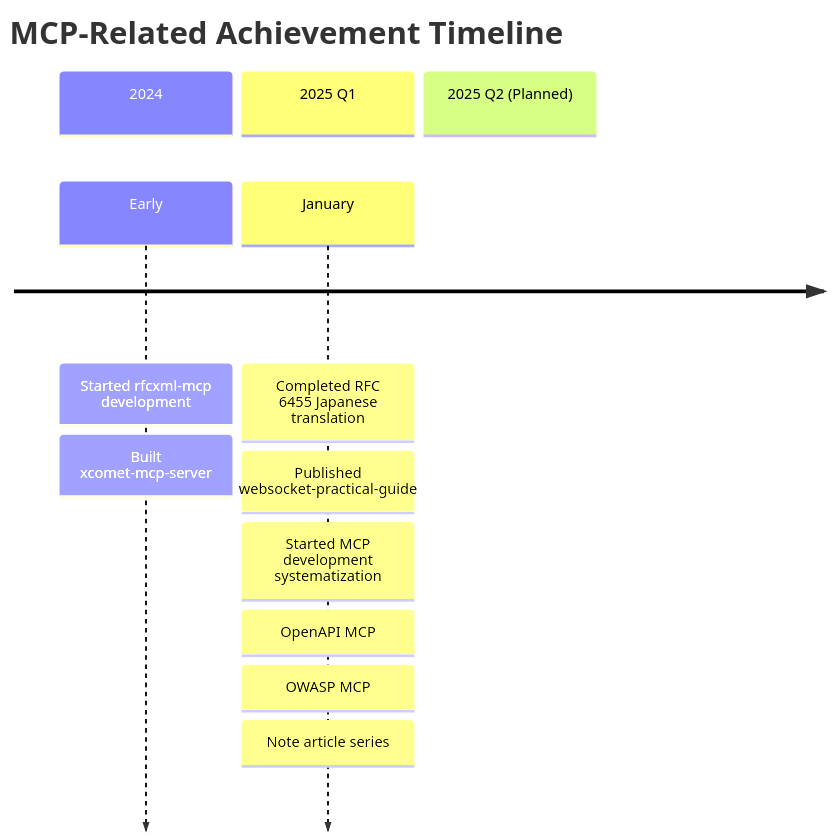
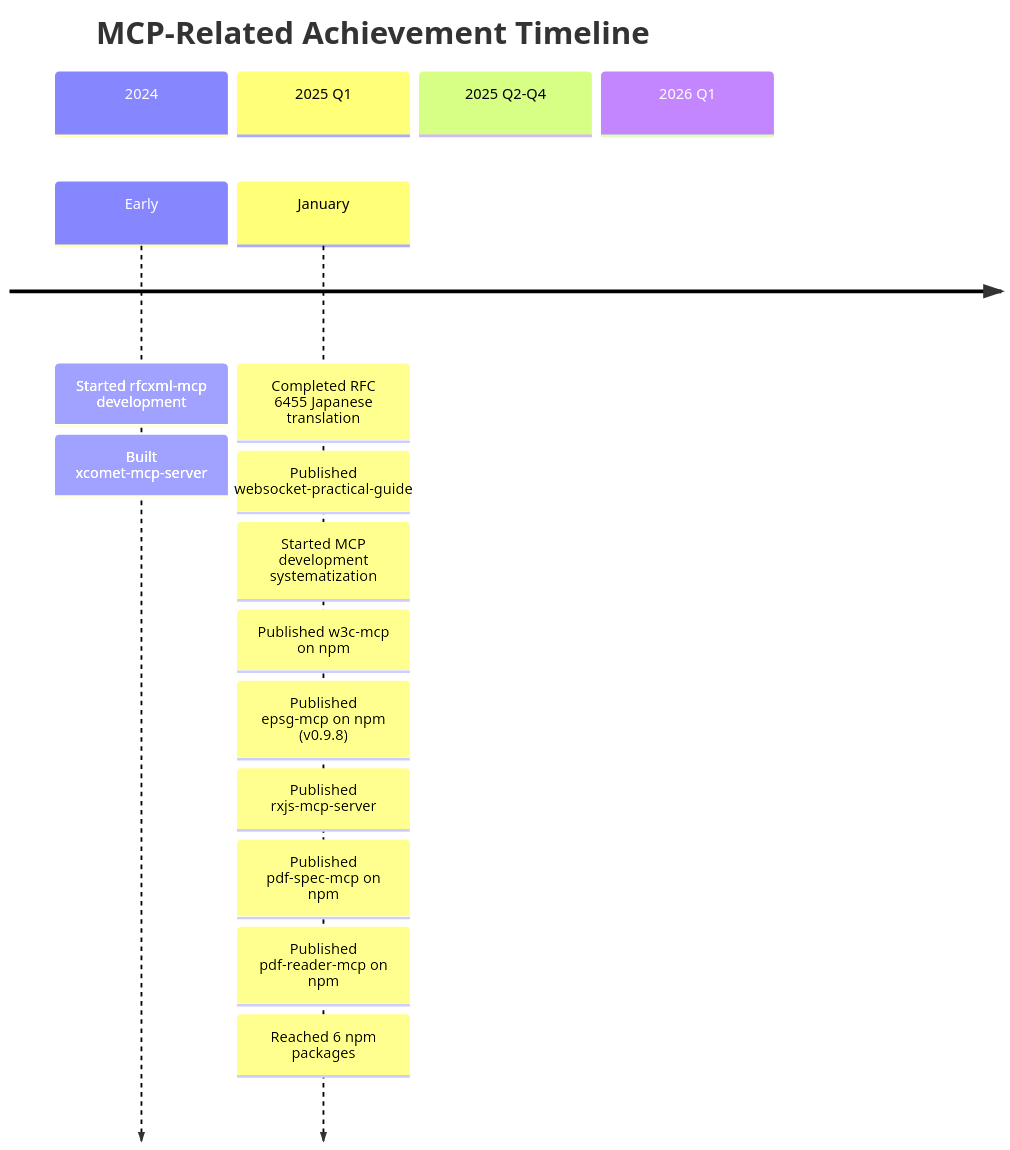
Before and after one commit to shuji-bonji/ai-agent-architecture: the third of 3 diagrams in docs/outputs.md, drawn with Mermaid. The commit also changed other lines of this file and 7 other files, not shown here.

````diff
--- a/docs/outputs.md
+++ b/docs/outputs.md
@@ -230,18 +282,23 @@
 ```mermaid
 timeline
     title MCP-Related Achievement Timeline
 
     section 2024
         Early : Started rfcxml-mcp development
              : Built xcomet-mcp-server
 
     section 2025 Q1
         January : Completed RFC 6455 Japanese translation
                : Published websocket-practical-guide
                : Started MCP development systematization
 
-    section 2025 Q2 (Planned)
-        : OpenAPI MCP
-        : OWASP MCP
-        : Note article series
+    section 2025 Q2-Q4
+        : Published w3c-mcp on npm
+        : Published epsg-mcp on npm (v0.9.8)
+        : Published rxjs-mcp-server
+
+    section 2026 Q1
+        : Published pdf-spec-mcp on npm
+        : Published pdf-reader-mcp on npm
+        : Reached 6 npm packages
 ```
````
